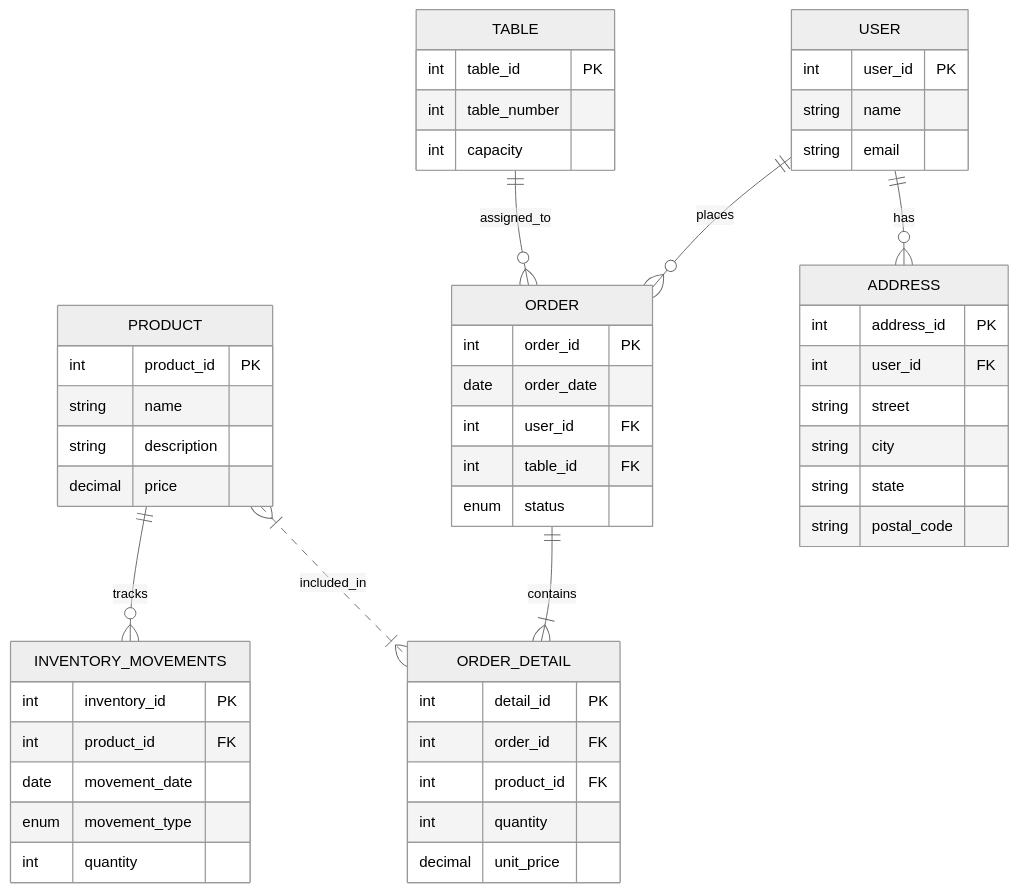
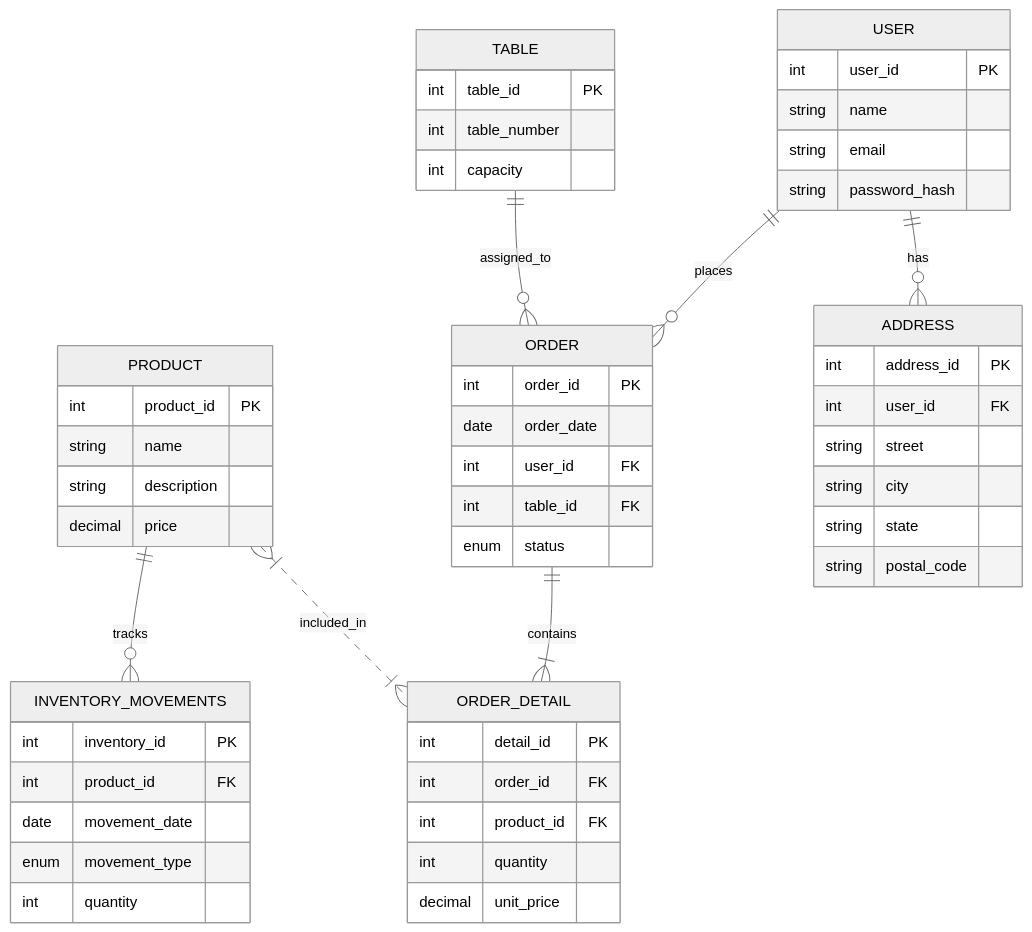
The diagram in docs/erd_diagram.mmd (AndersonVazquezDelaluz/cbtis47-db-project-salchichasparrita-2026), drawn with Mermaid (neutral theme) before and after one commit.

```diff
--- a/docs/erd_diagram.mmd
+++ b/docs/erd_diagram.mmd
@@ -1,59 +1,60 @@
 erDiagram
     USER ||--o{ ORDER : places
     TABLE ||--o{ ORDER : assigned_to
     PRODUCT ||--o{ INVENTORY_MOVEMENTS:tracks
     ORDER ||--|{ ORDER_DETAIL : contains
     PRODUCT }|..|{  ORDER_DETAIL : included_in
     USER ||--o{ ADDRESS : has
     
 
     USER {
-        int user_id PK
-        string name
-        string email
+    int user_id PK
+    string name
+    string email
+    string password_hash
     }
 
     ADDRESS {
         int address_id PK
         int user_id FK
         string street
         string city
         string state
         string postal_code
     }
 
     TABLE {
         int table_id PK
         int table_number
         int capacity
     }
 
     ORDER {
         int order_id PK
         date order_date
         int user_id FK
         int table_id FK
         enum status
     }
 
     ORDER_DETAIL {
         int detail_id PK
         int order_id FK
         int product_id FK
         int quantity
         decimal unit_price
     }
 
     PRODUCT {
         int product_id PK
         string name
         string description
         decimal price
     }
     INVENTORY_MOVEMENTS{
         int inventory_id PK
         int product_id FK
         date movement_date
         enum movement_type
         int quantity
     }
```
